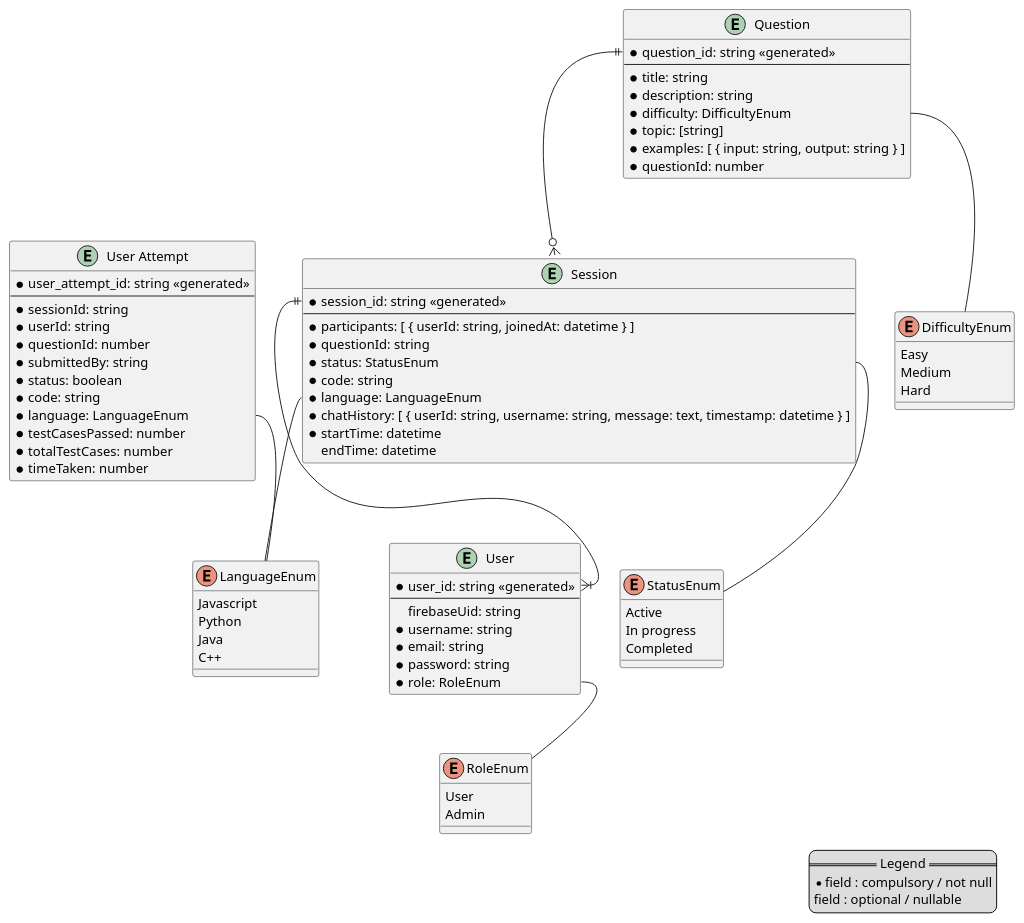
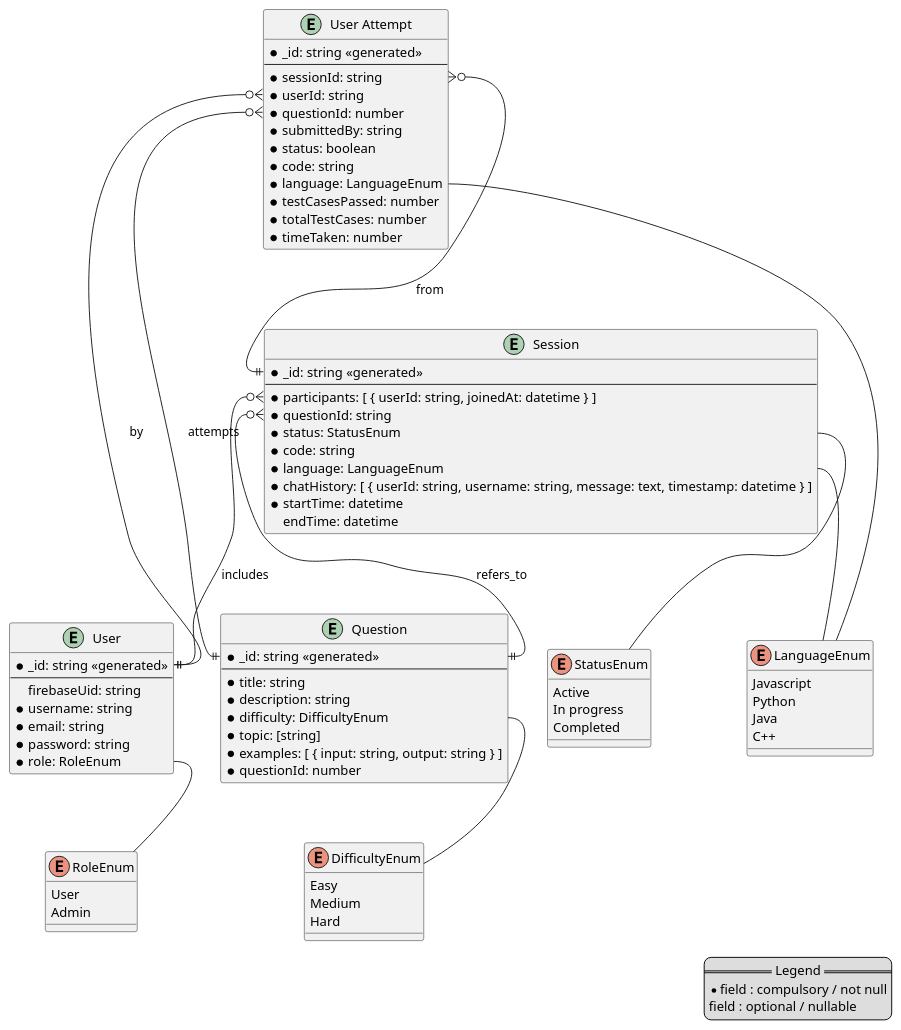
The diagram in docs/entity-relationship-diagram.puml (CS3219-AY2526Sem1/cs3219-ay2526s1-project-g14), drawn with PlantUML before and after one commit.

Commit message:
Modify ERD

```diff
--- a/docs/entity-relationship-diagram.puml
+++ b/docs/entity-relationship-diagram.puml
@@ -1,95 +1,108 @@
 @startuml Database structure
 
 ' avoid problems with angled crows feet
 
 entity "User" as user {
-    *user_id: string <<generated>>
+    *_id: string <<generated>>
     --
     firebaseUid: string
     *username: string
     *email: string
     *password: string
     *role: RoleEnum
 }
 
 entity "Question" as question {
-    *question_id: string <<generated>>
+    *_id: string <<generated>>
     --
     *title: string
     *description: string
     *difficulty: DifficultyEnum
     *topic: [string]
     *examples: [ { input: string, output: string } ]
     *questionId: number
 }
 
 entity "Session" as session {
-    *session_id: string <<generated>>
+    *_id: string <<generated>>
     --
     *participants: [ { userId: string, joinedAt: datetime } ] 
     *questionId: string
     *status: StatusEnum
     *code: string
     *language: LanguageEnum
     *chatHistory: [ { userId: string, username: string, message: text, timestamp: datetime } ]
     *startTime: datetime
     endTime: datetime
 }
 
 entity "User Attempt" as userattempt {
-    *user_attempt_id: string <<generated>>
+    *_id: string <<generated>>
     --
     *sessionId: string 
     *userId: string
     *questionId: number
     *submittedBy: string
     *status: boolean
     *code: string
     *language: LanguageEnum
     *testCasesPassed: number
     *totalTestCases: number
     *timeTaken: number
 }
 
 ' Enums
 enum DifficultyEnum {
     Easy
     Medium
     Hard
 }
 
 enum StatusEnum {
     Active
     In progress
     Completed
 }
 
 enum LanguageEnum {
     Javascript
     Python 
     Java
     C++
 }
 
 enum RoleEnum {
     User
     Admin
 }
 
-session::_id ||--|{ user::user_id
-question::_id ||--o{ session::question_id
+' === Relationships ===
+' Session references a Question
+session::questionId }o--|| question::_id : refers_to
 
-' Link fields to enums
+' Session participants reference Users (embedded array)
+session::participants }o--|| user::_id : includes
+
+' UserAttempt links to User
+userattempt::userId }o--|| user::_id : by
+
+' UserAttempt links to Question
+userattempt::questionId }o--|| question::_id : attempts
+
+' UserAttempt links to Session
+userattempt::sessionId }o--|| session::_id : from
+
+' === Enums relationships ===
 user::role -- RoleEnum
 question::difficulty -- DifficultyEnum
 session::status -- StatusEnum
 session::language -- LanguageEnum
 userattempt::language -- LanguageEnum
 
 legend right
     == Legend ==
     *field : compulsory / not null
     field : optional / nullable
 endlegend
 
 @enduml
```
